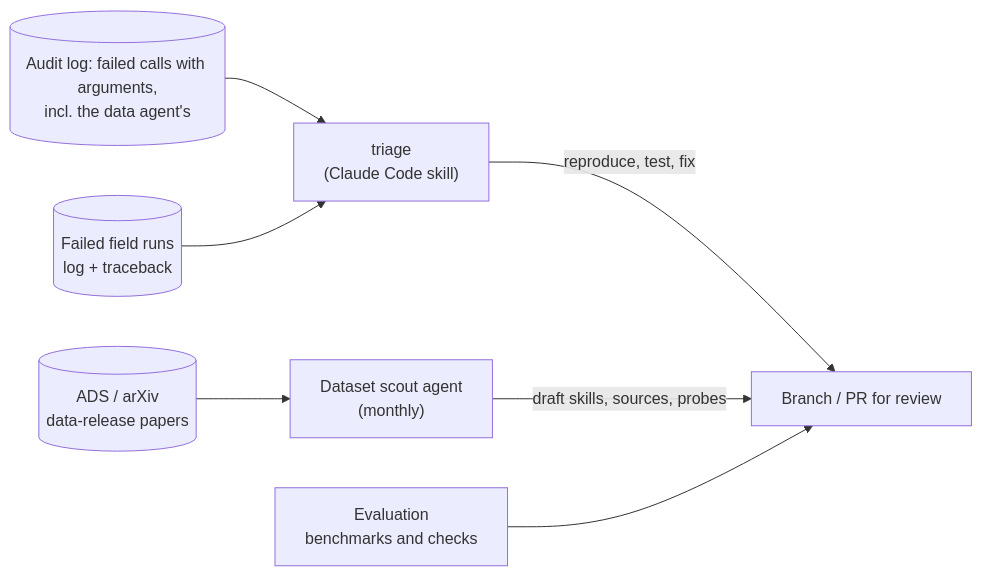
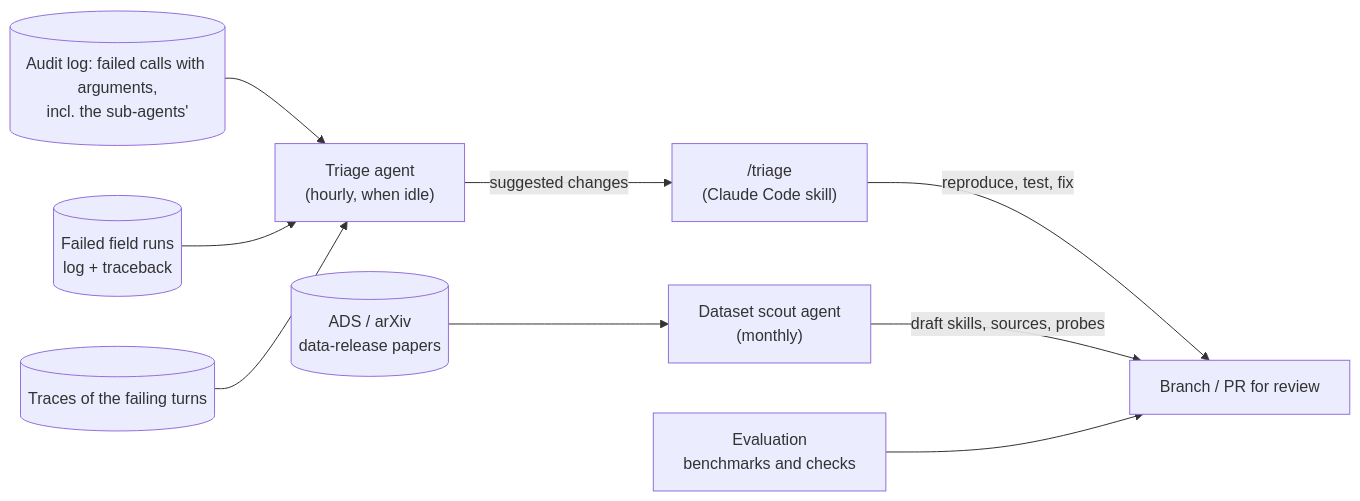
Before and after one commit to KevinMcK95/scoop: the third of 4 diagrams in README.md, drawn with Mermaid. The commit also changed other lines of this file and 8 other files, not shown here.

Commit message:
A triage agent: hourly, when idle, new failures become suggested changes

````diff
--- a/README.md
+++ b/README.md
@@ -439,9 +444,11 @@
 ```mermaid
 flowchart LR
-    A[("Audit log: failed calls with arguments,<br/>incl. the data agent's")] --> T["triage<br/>(Claude Code skill)"]
-    R[("Failed field runs<br/>log + traceback")] --> T
+    A[("Audit log: failed calls with arguments,<br/>incl. the sub-agents'")] --> TA["Triage agent<br/>(hourly, when idle)"]
+    R[("Failed field runs<br/>log + traceback")] --> TA
+    TRC[("Traces of the failing turns")] --> TA
+    TA -->|"suggested changes"| T["/triage<br/>(Claude Code skill)"]
     T -->|"reproduce, test, fix"| B["Branch / PR for review"]
     ADS[("ADS / arXiv<br/>data-release papers")] --> SC["Dataset scout agent<br/>(monthly)"]
     SC -->|"draft skills, sources, probes"| B
     E["Evaluation<br/>benchmarks and checks"] --> B
 ```
````
